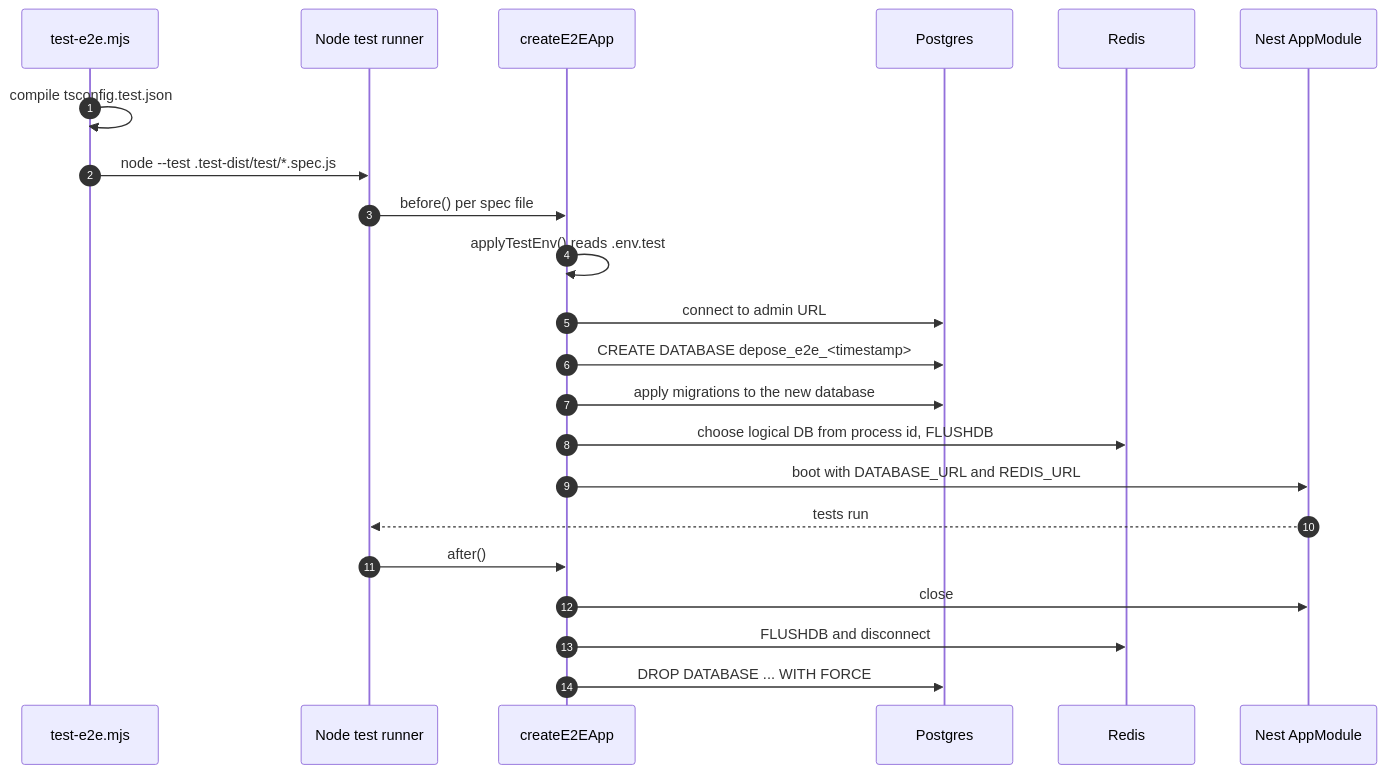
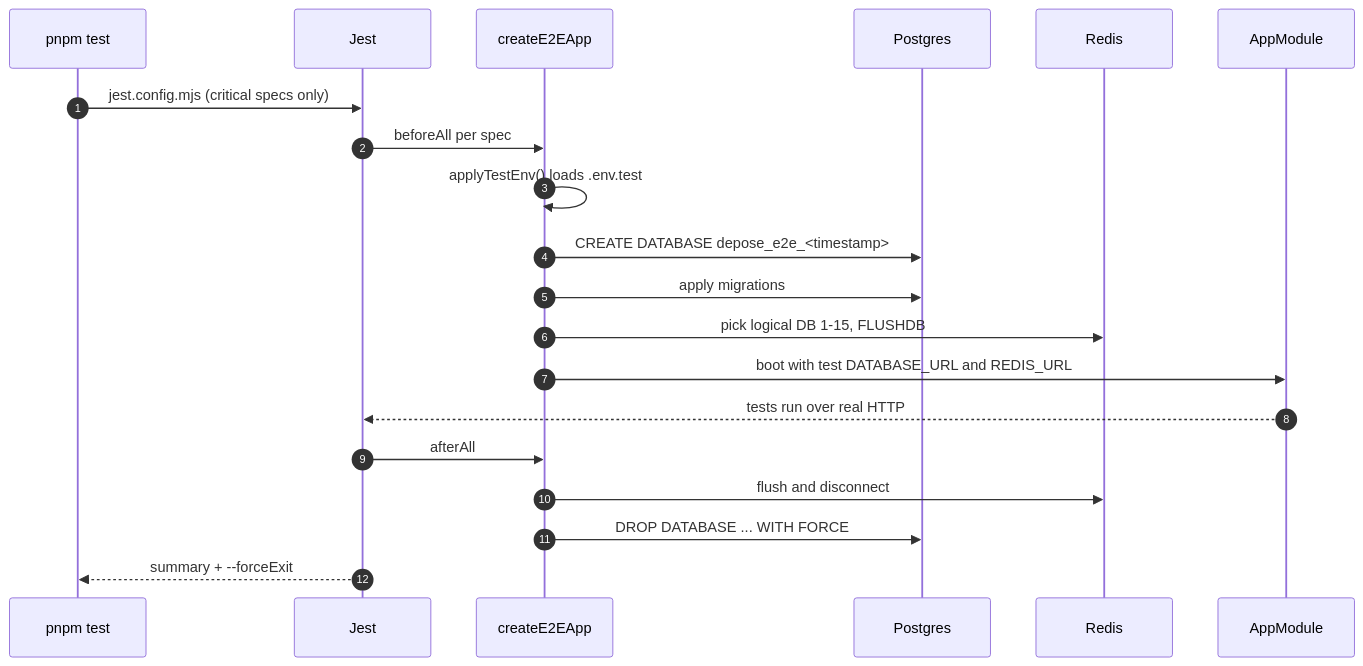
One commit to nonomnonom/depose changed the first of 2 diagrams in packages/server/docs/11-testing.md. Above: the diagram before and after it, drawn with Mermaid. The commit also changed other lines of this file and 41 other files, not shown here.

````diff
--- a/packages/server/docs/11-testing.md
+++ b/packages/server/docs/11-testing.md
@@ -6,25 +7,23 @@
 ```mermaid
 sequenceDiagram
   autonumber
-  participant R as test-e2e.mjs
-  participant T as Node test runner
+  participant Dev as pnpm test
+  participant Jest
   participant F as createE2EApp
-  participant P as Postgres
-  participant Redis
-  participant App as Nest AppModule
+  participant PG as Postgres
+  participant R as Redis
+  participant App as AppModule
 
-  R->>R: compile tsconfig.test.json
-  R->>T: node --test .test-dist/test/*.spec.js
-  T->>F: before() per spec file
-  F->>F: applyTestEnv() reads .env.test
-  F->>P: connect to admin URL
-  F->>P: CREATE DATABASE depose_e2e_<timestamp>
-  F->>P: apply migrations to the new database
-  F->>Redis: choose logical DB from process id, FLUSHDB
-  F->>App: boot with DATABASE_URL and REDIS_URL
-  App-->>T: tests run
-  T->>F: after()
-  F->>App: close
-  F->>Redis: FLUSHDB and disconnect
-  F->>P: DROP DATABASE ... WITH FORCE
+  Dev->>Jest: jest.config.mjs (critical specs only)
+  Jest->>F: beforeAll per spec
+  F->>F: applyTestEnv() loads .env.test
+  F->>PG: CREATE DATABASE depose_e2e_<timestamp>
+  F->>PG: apply migrations
+  F->>R: pick logical DB 1-15, FLUSHDB
+  F->>App: boot with test DATABASE_URL and REDIS_URL
+  App-->>Jest: tests run over real HTTP
+  Jest->>F: afterAll
+  F->>R: flush and disconnect
+  F->>PG: DROP DATABASE ... WITH FORCE
+  Jest-->>Dev: summary + --forceExit
 ```
````
